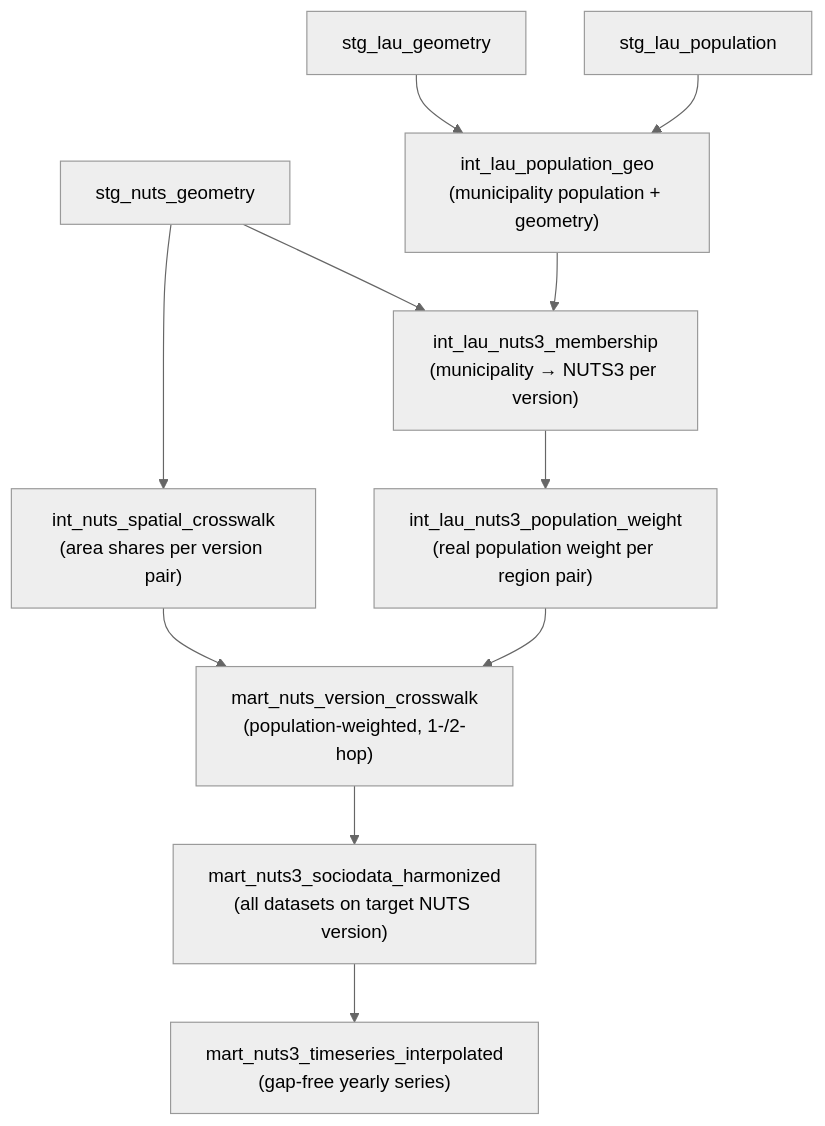
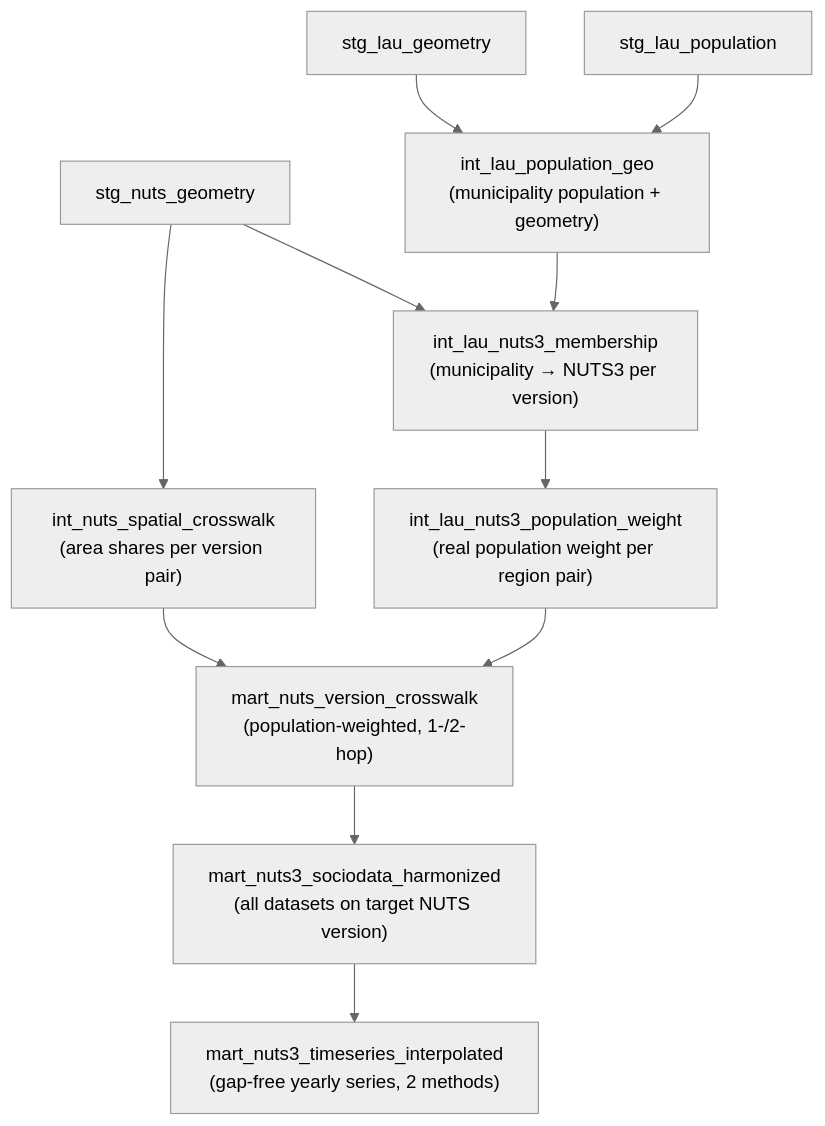
The diagram in docs/pipeline/dbt.md (BjoernFuertges/Socioeconomic-Data), drawn with Mermaid (neutral theme) before and after one commit. The commit also changed other lines of this file and 29 other files, not shown here.

````diff
--- a/docs/pipeline/dbt.md
+++ b/docs/pipeline/dbt.md
@@ -48,13 +48,13 @@
 ```mermaid
 flowchart TB
     stg_nuts["stg_nuts_geometry"] --> spatial["int_nuts_spatial_crosswalk\n(area shares per version pair)"]
     stg_lau_geo["stg_lau_geometry"] --> lau_geo["int_lau_population_geo\n(municipality population + geometry)"]
     stg_lau_pop["stg_lau_population"] --> lau_geo
     stg_nuts --> membership["int_lau_nuts3_membership\n(municipality → NUTS3 per version)"]
     lau_geo --> membership
     membership --> popweight["int_lau_nuts3_population_weight\n(real population weight per region pair)"]
     spatial --> xwalk["mart_nuts_version_crosswalk\n(population-weighted, 1-/2-hop)"]
     popweight --> xwalk
     xwalk --> harmonized["mart_nuts3_sociodata_harmonized\n(all datasets on target NUTS version)"]
-    harmonized --> interpolated["mart_nuts3_timeseries_interpolated\n(gap-free yearly series)"]
+    harmonized --> interpolated["mart_nuts3_timeseries_interpolated\n(gap-free yearly series, 2 methods)"]
 ```
````
